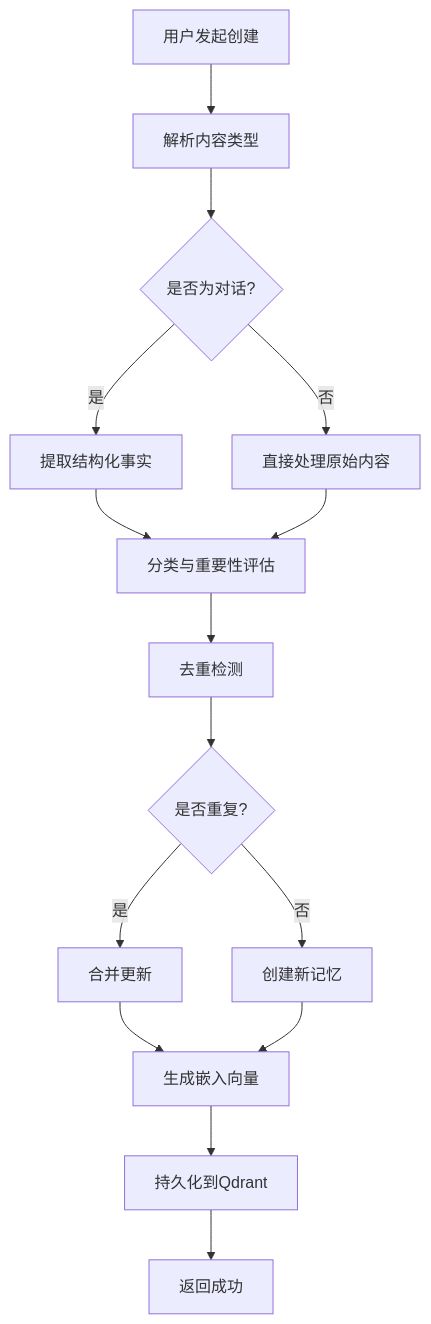
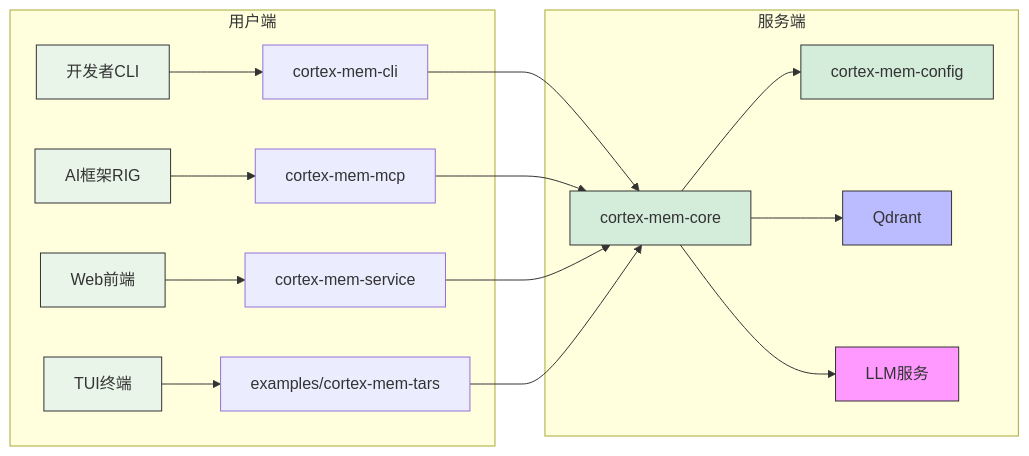
One commit to sopaco/cortex-mem changed the seventh of 7 diagrams in litho.docs/2、架构概览.md. Above: the diagram before and after it, drawn with Mermaid. The commit also changed other lines of this file and 18 other files, not shown here.

````diff
--- a/litho.docs/2、架构概览.md
+++ b/litho.docs/2、架构概览.md
@@ -338,17 +642,38 @@
 ```mermaid
-flowchart TD
-    A[用户发起创建] --> B[解析内容类型]
-    B --> C{是否为对话?}
-    C -->|是| D[提取结构化事实]
-    C -->|否| E[直接处理原始内容]
-    D --> F[分类与重要性评估]
-    E --> F
-    F --> G[去重检测]
-    G --> H{是否重复?}
-    H -->|是| I[合并更新]
-    H -->|否| J[创建新记忆]
-    I --> K[生成嵌入向量]
-    J --> K
-    K --> L[持久化到Qdrant]
-    L --> M[返回成功]
+graph LR
+    subgraph "用户端"
+        A[开发者CLI] --> B[cortex-mem-cli]
+        C[AI框架RIG] --> D[cortex-mem-mcp]
+        E[Web前端] --> F[cortex-mem-service]
+        G[TUI终端] --> H[examples/cortex-mem-tars]
+    end
+
+    subgraph "服务端"
+        B --> I[cortex-mem-core]
+        D --> I
+        F --> I
+        H --> I
+        I --> J[cortex-mem-config]
+        I --> K[Qdrant]
+        I --> L[LLM服务]
+    end
+
+    style A fill:#e8f5e8,stroke:#333
+    style C fill:#e8f5e8,stroke:#333
+    style E fill:#e8f5e8,stroke:#333
+    style G fill:#e8f5e8,stroke:#333
+    style I fill:#d4edda,stroke:#333
+    style J fill:#d4edda,stroke:#333
+    style K fill:#bbf,stroke:#333
+    style L fill:#f9f,stroke:#333
+
+    classDef client fill:#e8f5e8,stroke:#333;
+    classDef server fill:#d4edda,stroke:#333;
+    classDef storage fill:#bbf,stroke:#333;
+    classDef external fill:#f9f,stroke:#333;
+
+    class A,C,E,G client
+    class I,J server
+    class K storage
+    class L external
 ```
````
